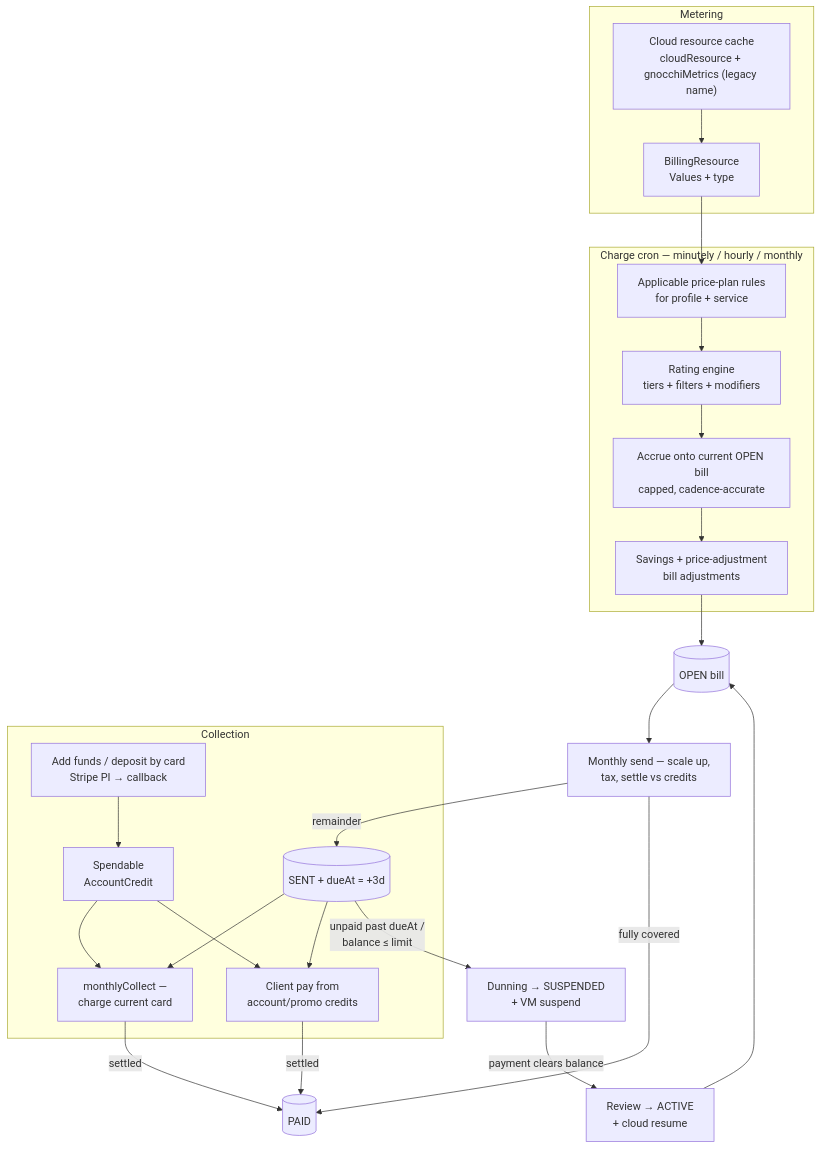
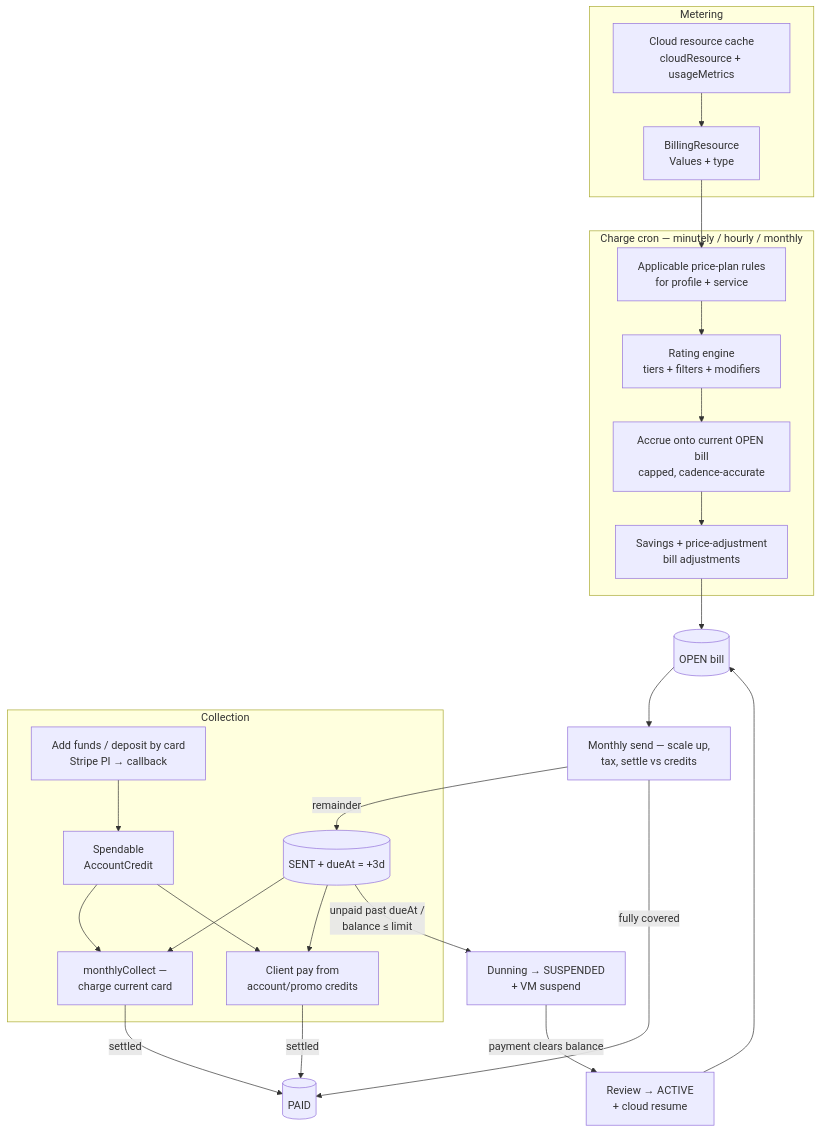
The fifth of 5 diagrams in docs/billing.md (mutex-solutions/proxcloud), drawn with Mermaid before and after one commit. The commit also changed other lines of this file and 240 other files, not shown here.

````diff
--- a/docs/billing.md
+++ b/docs/billing.md
@@ -626,28 +626,28 @@
 ```mermaid
 flowchart TD
     subgraph Metering
-        CR["Cloud resource cache<br/>cloudResource + gnocchiMetrics (legacy name)"] --> BR[BillingResource<br/>Values + type]
+        CR["Cloud resource cache<br/>cloudResource + usageMetrics"] --> BR[BillingResource<br/>Values + type]
     end
     subgraph Rating[Charge cron — minutely / hourly / monthly]
         BR --> RULES[Applicable price-plan rules<br/>for profile + service]
         RULES --> ENG[Rating engine<br/>tiers + filters + modifiers]
         ENG --> ACC[Accrue onto current OPEN bill<br/>capped, cadence-accurate]
         ACC --> ADJ[Savings + price-adjustment<br/>bill adjustments]
     end
     ADJ --> BILL[(OPEN bill)]
     BILL --> SEND[Monthly send — scale up,<br/>tax, settle vs credits]
     SEND -->|fully covered| PAID[(PAID)]
     SEND -->|remainder| SENT[(SENT + dueAt = +3d)]
     subgraph Collection
         SENT --> COLLECT[monthlyCollect —<br/>charge current card]
         SENT --> PAYCRED[Client pay from<br/>account/promo credits]
         DEP[Add funds / deposit by card<br/>Stripe PI → callback] --> ACRED[Spendable<br/>AccountCredit]
         ACRED --> COLLECT
         ACRED --> PAYCRED
     end
     COLLECT -->|settled| PAID
     PAYCRED -->|settled| PAID
     SENT -->|unpaid past dueAt /<br/>balance ≤ limit| SUSP[Dunning → SUSPENDED<br/>+ VM suspend]
     SUSP -->|payment clears balance| RESUME[Review → ACTIVE<br/>+ cloud resume]
     RESUME --> BILL
 ```
````
